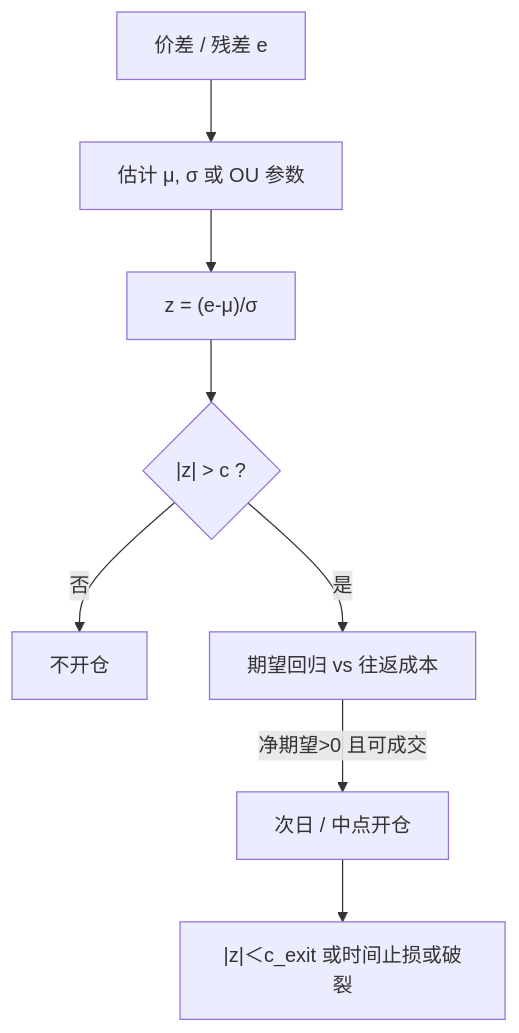
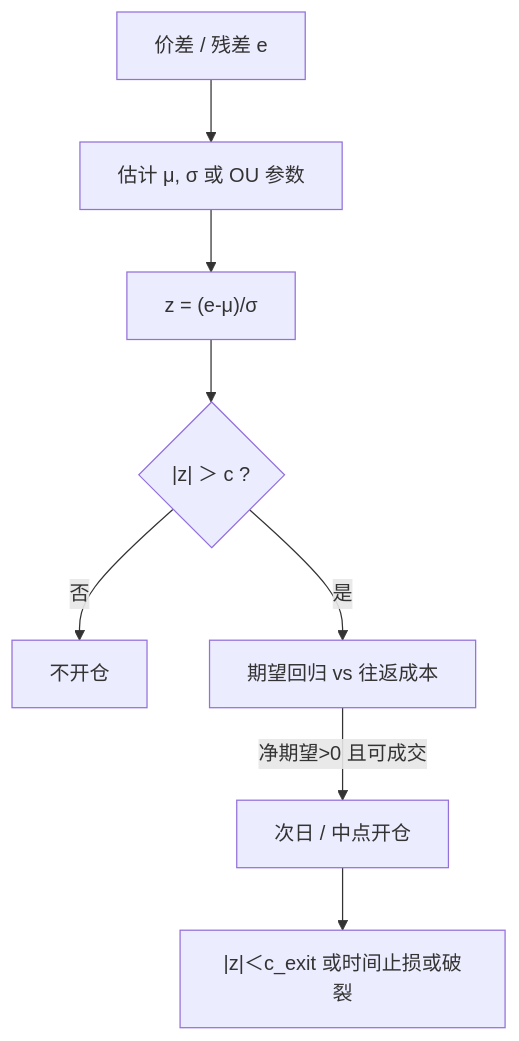
Before and after one commit to xhongduo-tech/xhongduo-tech.github.io: the second of 2 diagrams in docs/quant/zscore-entry.md, drawn with Mermaid. The commit also changed 291 other files, not shown here.

Commit message:
Normalize lesson titles to tree names and repair mermaid arrow/quote syntax site-wide.

````diff
--- a/docs/quant/zscore-entry.md
+++ b/docs/quant/zscore-entry.md
@@ -80,10 +80,10 @@
 ```mermaid
 flowchart TD
   E["价差 / 残差 e"] --> MU["估计 μ, σ 或 OU 参数"]
   MU --> Z["z = (e-μ)/σ"]
-  Z --> C{"|z| > c ?"}
+  Z --> C{"|z| ＞ c ?"}
   C -->|否| WAIT["不开仓"]
   C -->|是| COST["期望回归 vs 往返成本"]
   COST -->|"净期望>0 且可成交"| OPEN["次日 / 中点开仓"]
   OPEN --> EXIT["|z|＜c_exit 或时间止损或破裂"]
 ```
````
